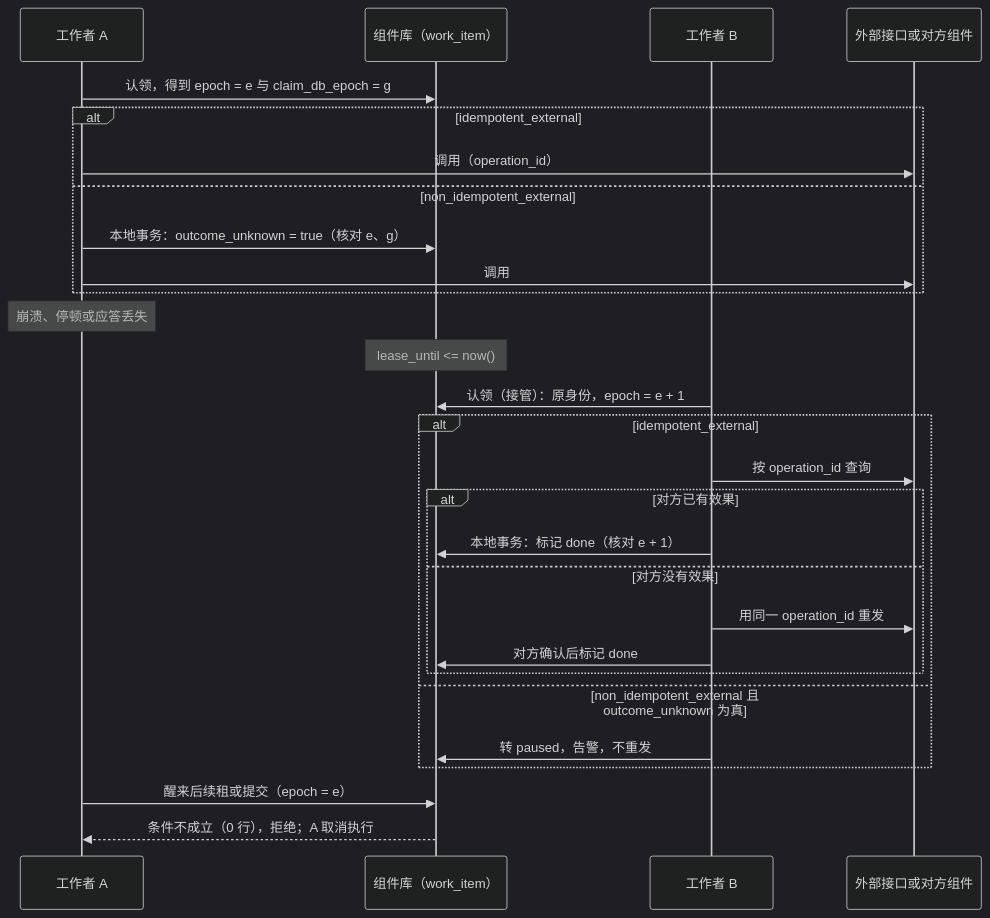
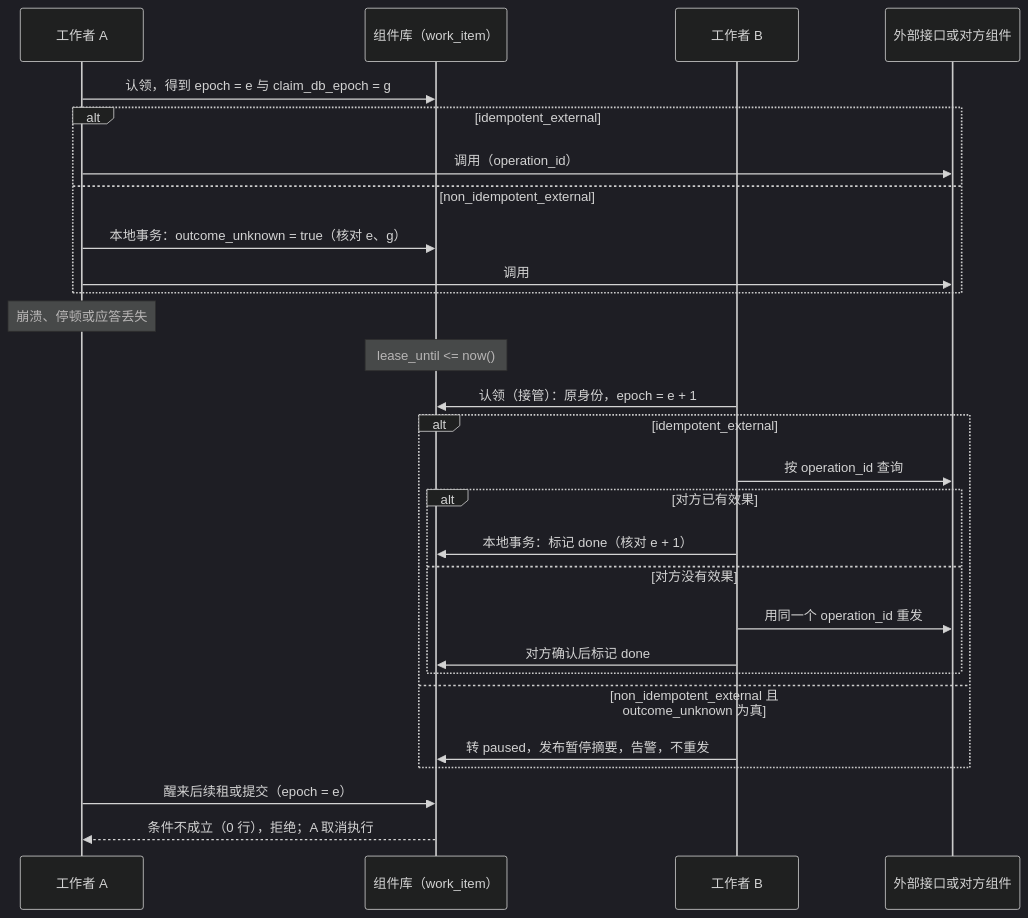
Before and after one commit to brickKit/be-assembly-standard: the diagram in tempDocs/final/06-protocols/01-background-work.md, drawn with Mermaid (dark theme). The commit also changed other lines of this file and 14 other files, not shown here.

````diff
--- a/tempDocs/final/06-protocols/01-background-work.md
+++ b/tempDocs/final/06-protocols/01-background-work.md
@@ -140,30 +122,30 @@
 ```mermaid
 sequenceDiagram
     participant A as 工作者 A
     participant DB as 组件库（work_item）
     participant B as 工作者 B
     participant X as 外部接口或对方组件
     A->>DB: 认领，得到 epoch = e 与 claim_db_epoch = g
     alt idempotent_external
         A->>X: 调用（operation_id）
     else non_idempotent_external
         A->>DB: 本地事务：outcome_unknown = true（核对 e、g）
         A->>X: 调用
     end
     Note over A: 崩溃、停顿或应答丢失
     Note over DB: lease_until <= now()
     B->>DB: 认领（接管）：原身份，epoch = e + 1
     alt idempotent_external
         B->>X: 按 operation_id 查询
         alt 对方已有效果
             B->>DB: 本地事务：标记 done（核对 e + 1）
         else 对方没有效果
-            B->>X: 用同一 operation_id 重发
+            B->>X: 用同一个 operation_id 重发
             B->>DB: 对方确认后标记 done
         end
     else non_idempotent_external 且 outcome_unknown 为真
-        B->>DB: 转 paused，告警，不重发
+        B->>DB: 转 paused，发布暂停摘要，告警，不重发
     end
     A->>DB: 醒来后续租或提交（epoch = e）
     DB-->>A: 条件不成立（0 行），拒绝；A 取消执行
 ```
````
